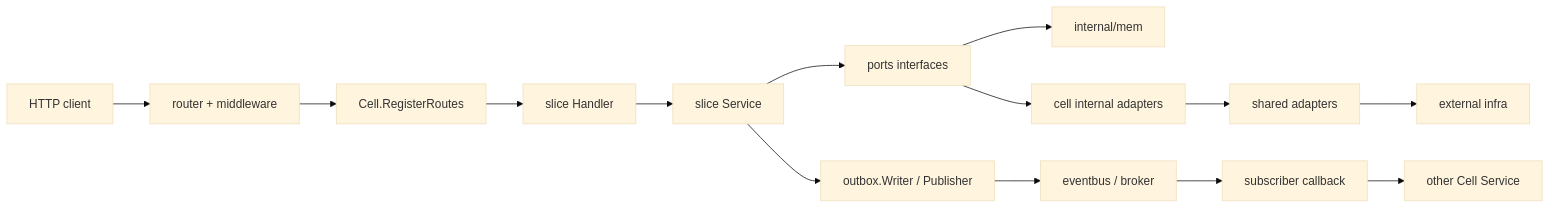
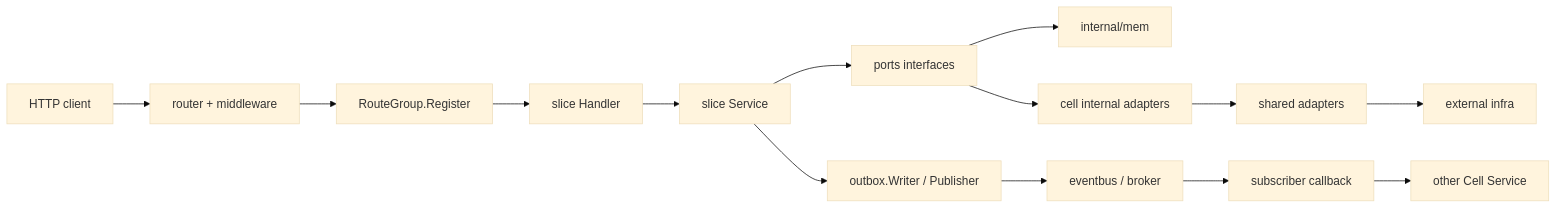
One commit to ghbvf/gocell changed the fourth of 5 diagrams in docs/architecture/module-dependency-report.md. Above: the diagram before and after it, drawn with Mermaid (base theme). The commit also changed 19 other files, not shown here.

````diff
--- a/docs/architecture/module-dependency-report.md
+++ b/docs/architecture/module-dependency-report.md
@@ -185,17 +185,17 @@
 ```mermaid
 flowchart LR
   client["HTTP client"] --> router["router + middleware"]
-  router --> reg["Cell.RegisterRoutes"]
+  router --> reg["RouteGroup.Register"]
   reg --> handler["slice Handler"]
   handler --> service["slice Service"]
   service --> ports["ports interfaces"]
   ports --> mem["internal/mem"]
   ports --> iad["cell internal adapters"]
   iad --> sad["shared adapters"]
   sad --> infra["external infra"]
 
   service --> out["outbox.Writer / Publisher"]
   out --> bus["eventbus / broker"]
   bus --> sub["subscriber callback"]
   sub --> service2["other Cell Service"]
 ```
````
